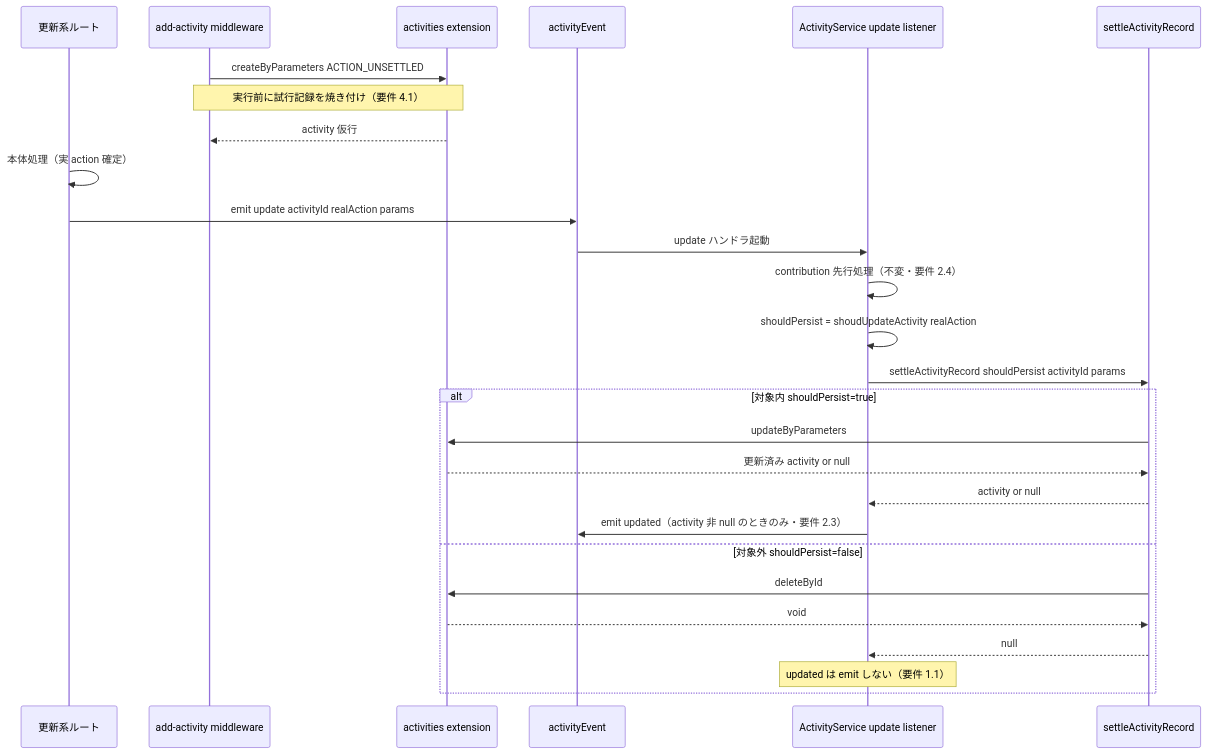
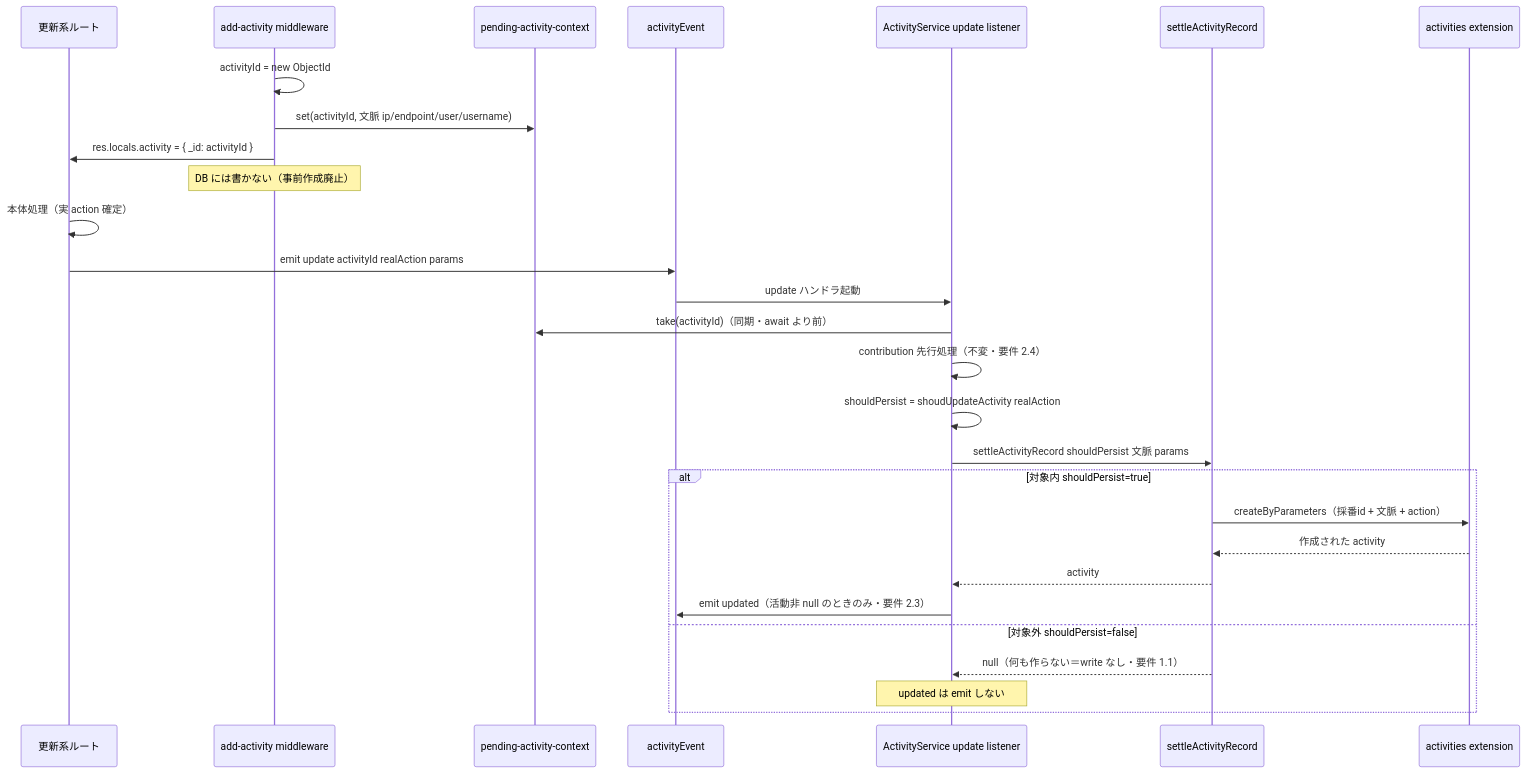
The second of 4 diagrams in .kiro/specs/activity-log/design.md (growilabs/growi), drawn with Mermaid before and after one commit. The commit also changed other lines of this file and 4 other files, not shown here.

````diff
--- a/.kiro/specs/activity-log/design.md
+++ b/.kiro/specs/activity-log/design.md
@@ -166,30 +191,31 @@
 ```mermaid
 sequenceDiagram
     participant Route as 更新系ルート
     participant MW as add-activity middleware
-    participant Ext as activities extension
+    participant Map as pending-activity-context
     participant Ev as activityEvent
     participant Lis as ActivityService update listener
     participant Set as settleActivityRecord
+    participant Ext as activities extension
 
-    MW->>Ext: createByParameters ACTION_UNSETTLED
-    Note over MW,Ext: 実行前に試行記録を焼き付け（要件 4.1）
-    Ext-->>MW: activity 仮行
+    MW->>MW: activityId = new ObjectId
+    MW->>Map: set(activityId, 文脈 ip/endpoint/user/username)
+    MW->>Route: res.locals.activity = { _id: activityId }
+    Note over MW: DB には書かない（事前作成廃止）
     Route->>Route: 本体処理（実 action 確定）
     Route->>Ev: emit update activityId realAction params
     Ev->>Lis: update ハンドラ起動
+    Lis->>Map: take(activityId)（同期・await より前）
     Lis->>Lis: contribution 先行処理（不変・要件 2.4）
     Lis->>Lis: shouldPersist = shoudUpdateActivity realAction
-    Lis->>Set: settleActivityRecord shouldPersist activityId params
+    Lis->>Set: settleActivityRecord shouldPersist 文脈 params
     alt 対象内 shouldPersist=true
-        Set->>Ext: updateByParameters
-        Ext-->>Set: 更新済み activity or null
-        Set-->>Lis: activity or null
-        Lis->>Ev: emit updated（activity 非 null のときのみ・要件 2.3）
+        Set->>Ext: createByParameters（採番id + 文脈 + action）
+        Ext-->>Set: 作成された activity
+        Set-->>Lis: activity
+        Lis->>Ev: emit updated（活動非 null のときのみ・要件 2.3）
     else 対象外 shouldPersist=false
-        Set->>Ext: deleteById
-        Ext-->>Set: void
-        Set-->>Lis: null
-        Note over Lis: updated は emit しない（要件 1.1）
+        Set-->>Lis: null（何も作らない＝write なし・要件 1.1）
+        Note over Lis: updated は emit しない
     end
 ```
````
